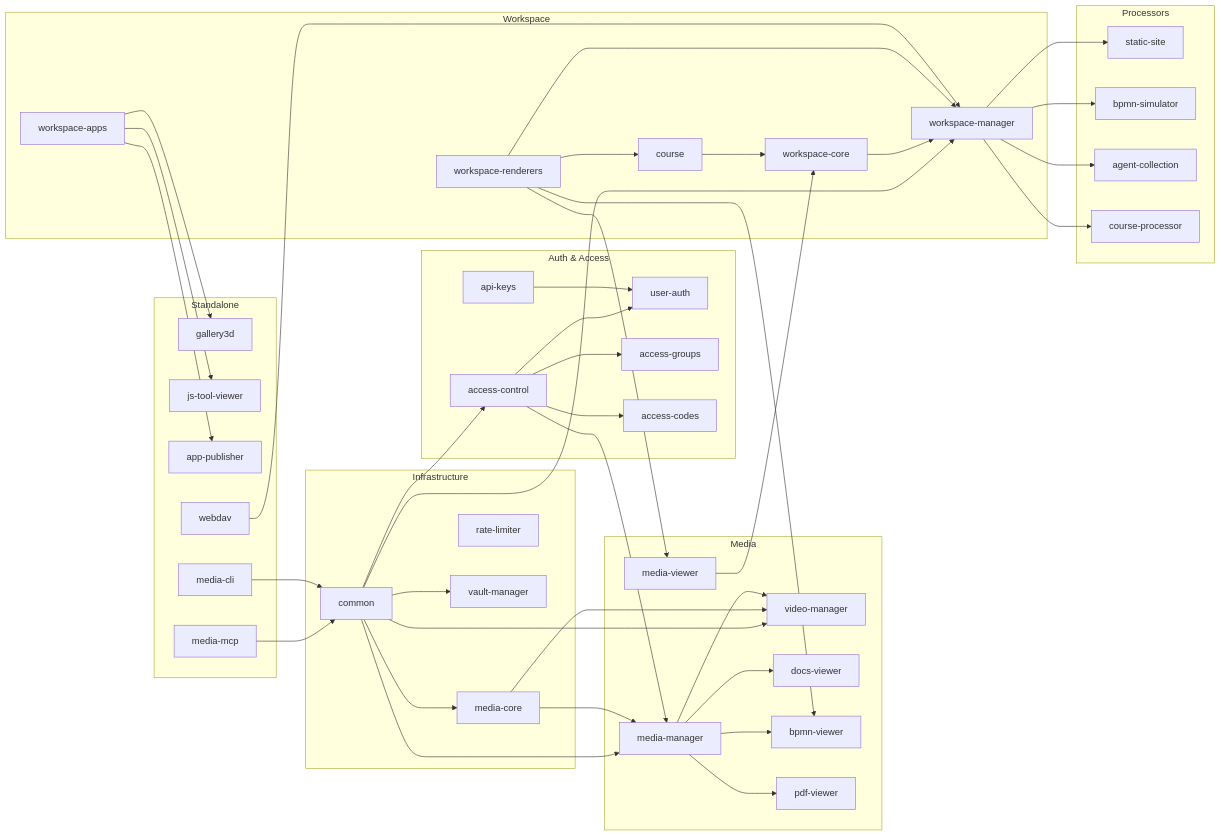
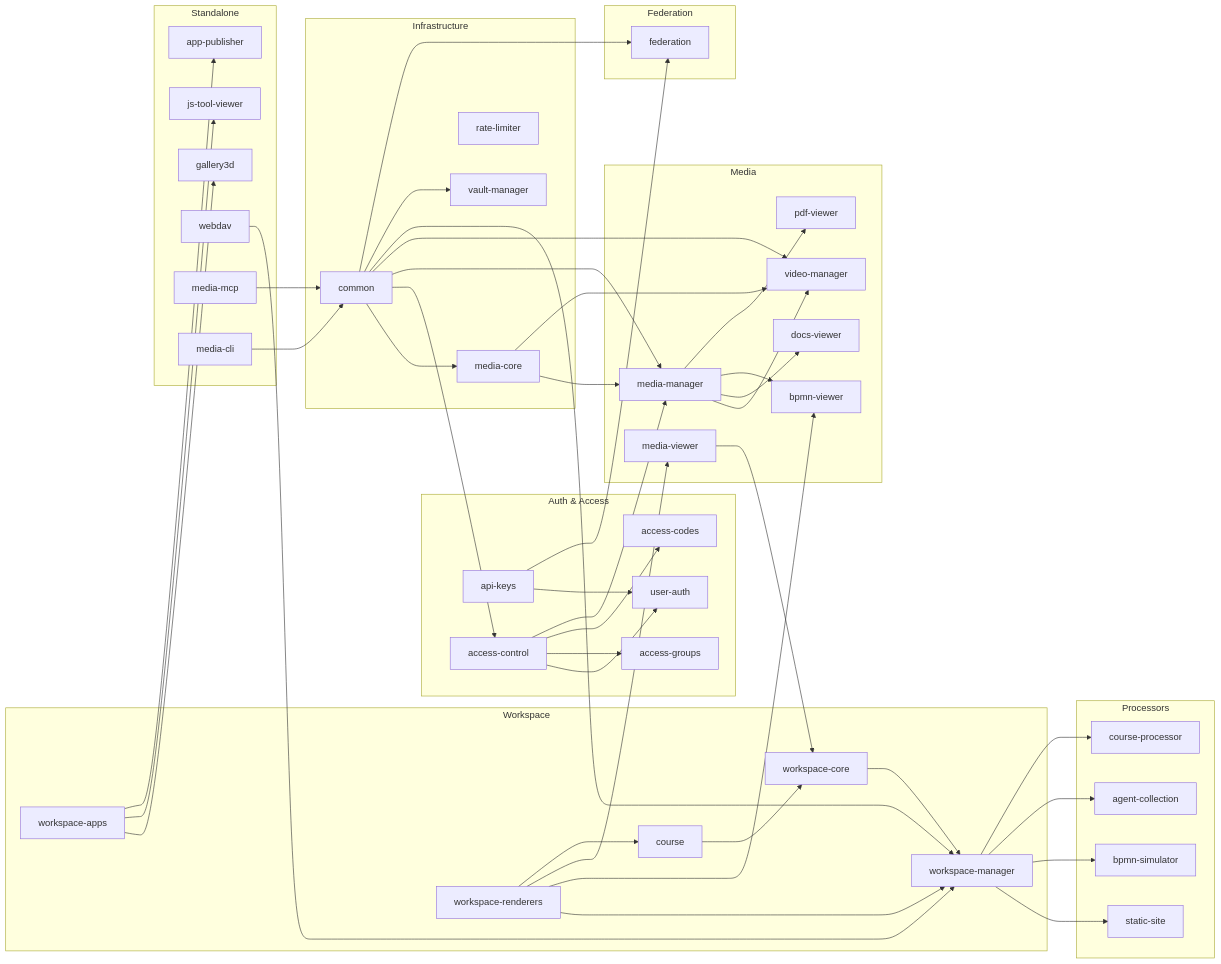
Before and after one commit to jueewo/video-server-rs_v1: the diagram in docs/management/architecture-crate-deps.mmd, drawn with Mermaid. The commit also changed 28 other files, not shown here.

```diff
--- a/docs/management/architecture-crate-deps.mmd
+++ b/docs/management/architecture-crate-deps.mmd
@@ -1,94 +1,102 @@
 flowchart LR
     subgraph INFRA["Infrastructure"]
         common
         media-core
         rate-limiter
         vault-manager
     end
 
     subgraph AUTH["Auth & Access"]
         user-auth
         api-keys
         access-groups
         access-codes
         access-control
     end
 
     subgraph MEDIA["Media"]
         media-manager
         video-manager
         docs-viewer
         bpmn-viewer
         pdf-viewer
         media-viewer
     end
 
     subgraph WORK["Workspace"]
         workspace-core
         workspace-manager
         workspace-renderers
         workspace-apps
         course
     end
 
     subgraph SA["Standalone"]
         gallery3d
         js-tool-viewer
         app-publisher
         webdav
         media-mcp
         media-cli
+    end
+
+    subgraph FED["Federation"]
+        federation
     end
 
     subgraph PROC["Processors"]
         static-site
         bpmn-simulator
         agent-collection
         course-processor
     end
 
     %% Foundation
     common --> media-core
     common --> access-control
     common --> media-manager
     common --> video-manager
     common --> workspace-manager
     common --> vault-manager
 
     %% Auth
     access-control --> user-auth
     access-control --> access-groups
     access-control --> access-codes
     api-keys --> user-auth
 
     %% Media
     media-core --> media-manager
     media-core --> video-manager
     access-control --> media-manager
     media-manager --> video-manager
     media-manager --> docs-viewer
     media-manager --> bpmn-viewer
     media-manager --> pdf-viewer
 
     %% Workspace
     workspace-core --> workspace-manager
     workspace-renderers --> workspace-manager
     workspace-renderers --> bpmn-viewer
     workspace-renderers --> media-viewer
     workspace-renderers --> course
     media-viewer --> workspace-core
     course --> workspace-core
     workspace-manager --> static-site
     workspace-manager --> bpmn-simulator
     workspace-manager --> agent-collection
     workspace-manager --> course-processor
 
     %% Apps
     workspace-apps --> gallery3d
     workspace-apps --> js-tool-viewer
     workspace-apps --> app-publisher
 
+    %% Federation
+    common --> federation
+    api-keys --> federation
+
     %% Standalone singletons
     media-mcp --> common
     media-cli --> common
     webdav --> workspace-manager
```
